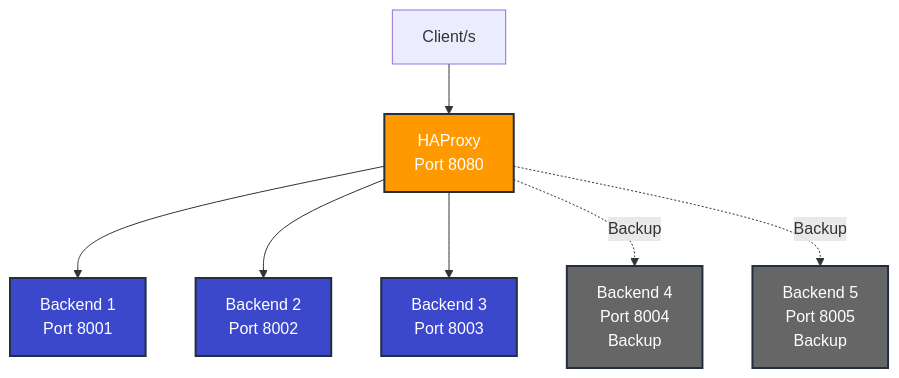
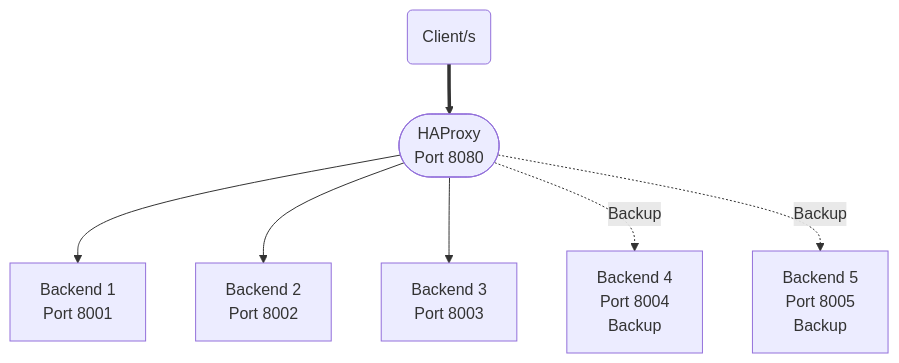
One commit to mrcarpinchoo/system-design-course changed the diagram in 03-load-balancing-haproxy/README.md. Above: the diagram before and after it, drawn with Mermaid. The commit also changed 7 other files, not shown here.

First line of the commit message:
feat: enhance Mermaid diagrams with semantic shapes and styling (#30)

````diff
--- a/03-load-balancing-haproxy/README.md
+++ b/03-load-balancing-haproxy/README.md
@@ -216,16 +216,15 @@
 ```mermaid
 graph TD
-    Client[Client/s] --> HAProxy[HAProxy<br/>Port 8080]
-    HAProxy --> Backend1[Backend 1<br/>Port 8001]
-    HAProxy --> Backend2[Backend 2<br/>Port 8002]
-    HAProxy --> Backend3[Backend 3<br/>Port 8003]
-    HAProxy -.Backup.-> Backend4[Backend 4<br/>Port 8004<br/>Backup]
-    HAProxy -.Backup.-> Backend5[Backend 5<br/>Port 8005<br/>Backup]
+    %% Traffic entry
+    Client("Client/s") ==> HAProxy(["HAProxy<br>Port 8080"])
 
-    style HAProxy fill:#ff9900,stroke:#232f3e,stroke-width:2px,color:#fff
-    style Backend1 fill:#3b48cc,stroke:#232f3e,stroke-width:2px,color:#fff
-    style Backend2 fill:#3b48cc,stroke:#232f3e,stroke-width:2px,color:#fff
-    style Backend3 fill:#3b48cc,stroke:#232f3e,stroke-width:2px,color:#fff
-    style Backend4 fill:#666,stroke:#232f3e,stroke-width:2px,color:#fff
-    style Backend5 fill:#666,stroke:#232f3e,stroke-width:2px,color:#fff
+    %% Primary backends
+    HAProxy --> Backend1["Backend 1<br>Port 8001"]
+    HAProxy --> Backend2["Backend 2<br>Port 8002"]
+    HAProxy --> Backend3["Backend 3<br>Port 8003"]
+
+    %% Backup backends (activated only when all primaries are down)
+    HAProxy -.->|"Backup"| Backend4["Backend 4<br>Port 8004<br>Backup"]
+    HAProxy -.->|"Backup"| Backend5["Backend 5<br>Port 8005<br>Backup"]
+
 ```
````
